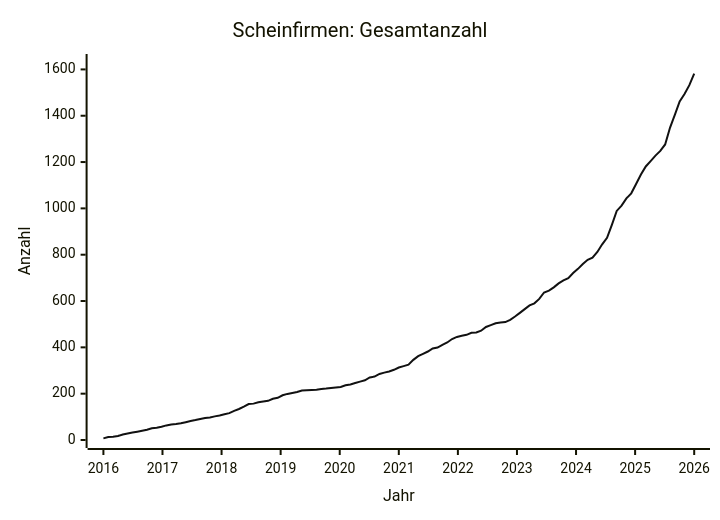
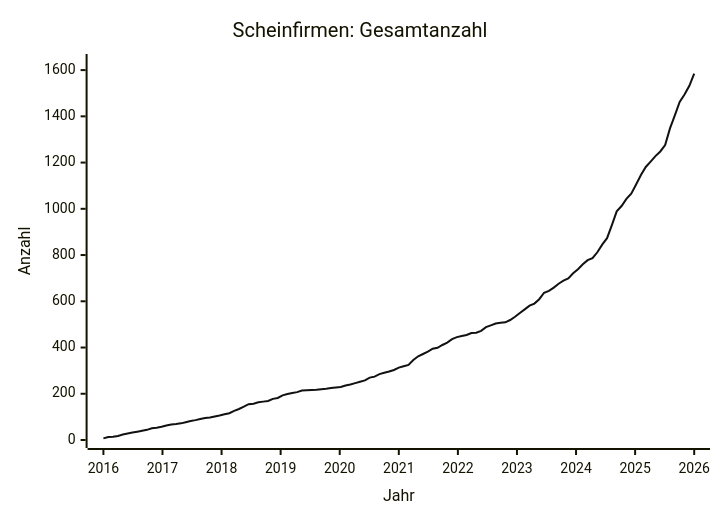
Before and after one commit to arjoma/scheinfirmen-at: the diagram in data/STATS.md, drawn with Mermaid. The commit also changed other lines of this file and 3 other files, not shown here.

````diff
--- a/data/STATS.md
+++ b/data/STATS.md
@@ -9,13 +9,13 @@
 ```mermaid
 ---
 config:
   themeVariables:
     xyChart:
       plotColorPalette: "#111111"
 ---
 xychart-beta
     title "Scheinfirmen: Gesamtanzahl"
     x-axis "Jahr" 2016 --> 2026
-    y-axis "Anzahl" 0 --> 1632
-    line [7, 13, 14, 17, 24, 28, 32, 36, 40, 44, 51, 53, 57, 63, 67, 69, 72, 77, 82, 86, 91, 95, 97, 102, 106, 111, 116, 126, 134, 144, 155, 157, 163, 166, 169, 178, 182, 193, 199, 203, 207, 214, 215, 216, 217, 220, 222, 225, 227, 229, 236, 240, 246, 252, 258, 270, 274, 285, 291, 296, 303, 313, 319, 325, 346, 362, 372, 382, 395, 399, 411, 421, 436, 445, 450, 454, 463, 464, 472, 488, 496, 504, 507, 509, 519, 533, 549, 565, 581, 590, 609, 637, 645, 659, 676, 689, 699, 721, 739, 760, 778, 787, 812, 845, 873, 929, 989, 1012, 1043, 1065, 1105, 1146, 1181, 1204, 1228, 1248, 1276, 1348, 1404, 1462, 1494, 1532, 1582]
+    y-axis "Anzahl" 0 --> 1635
+    line [7, 13, 14, 17, 24, 28, 32, 36, 40, 44, 51, 53, 57, 63, 67, 69, 72, 77, 82, 86, 91, 95, 97, 102, 106, 111, 116, 126, 134, 144, 155, 157, 163, 166, 169, 178, 182, 193, 199, 203, 207, 214, 215, 216, 217, 220, 222, 225, 227, 229, 236, 240, 246, 252, 258, 270, 274, 285, 291, 296, 303, 313, 319, 325, 346, 362, 372, 382, 395, 399, 411, 421, 436, 445, 450, 454, 463, 464, 472, 488, 496, 504, 507, 509, 519, 533, 549, 565, 581, 590, 609, 637, 645, 659, 676, 689, 699, 721, 739, 760, 778, 787, 812, 845, 873, 929, 989, 1012, 1043, 1065, 1105, 1146, 1181, 1204, 1228, 1248, 1276, 1348, 1404, 1462, 1494, 1532, 1585]
 ```
````
